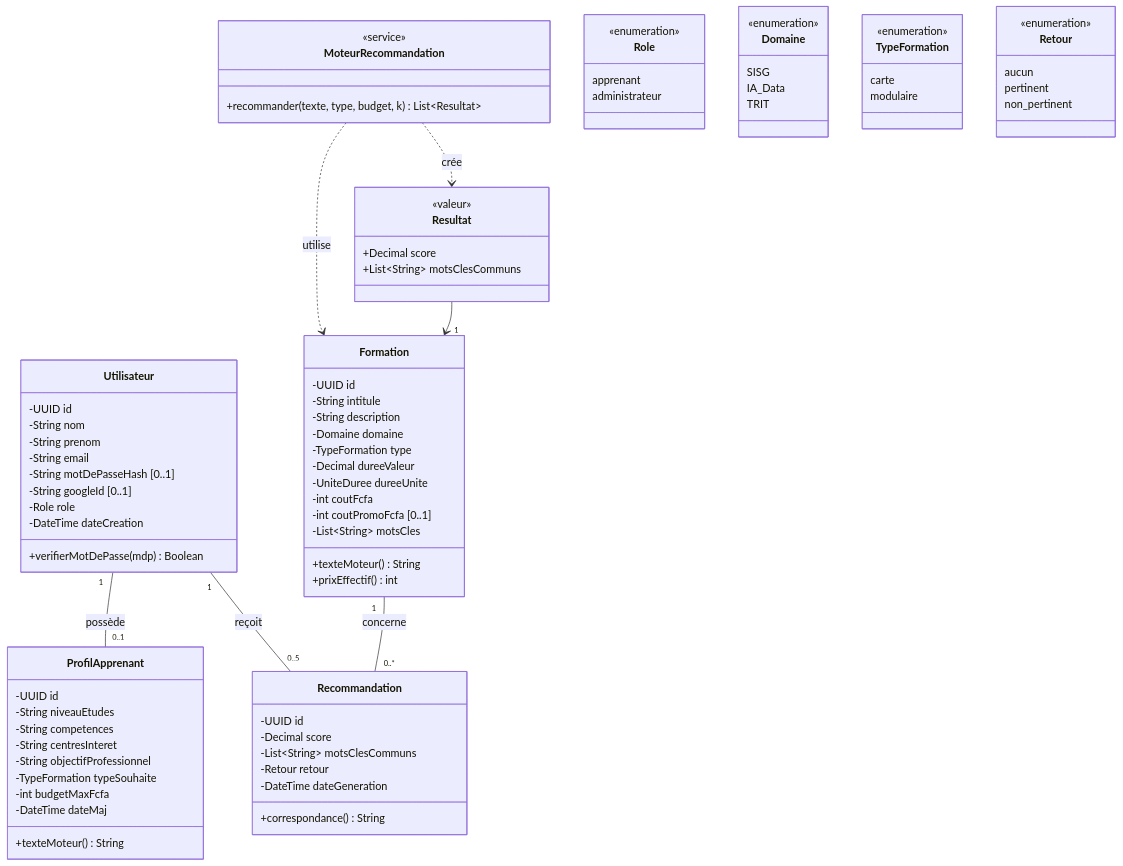
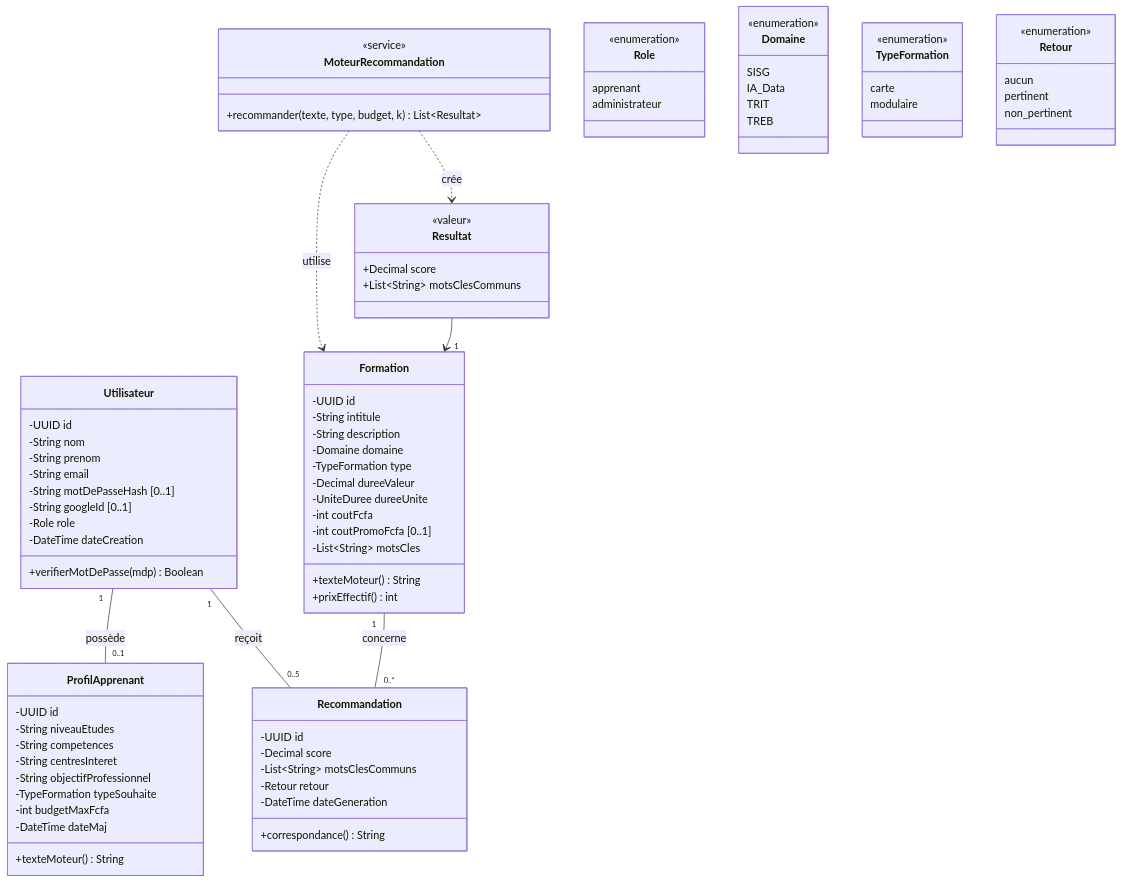
One commit to martial-300/plateforme-formations-hitt changed the second of 8 diagrams in docs/uml.md. Above: the diagram before and after it, drawn with Mermaid. The commit also changed other lines of this file and 45 other files, not shown here.

```diff
--- a/docs/uml.md
+++ b/docs/uml.md
@@ -141,6 +141,7 @@
         SISG
         IA_Data
         TRIT
+        TREB
     }
     class TypeFormation {
         <<enumeration>>
```
